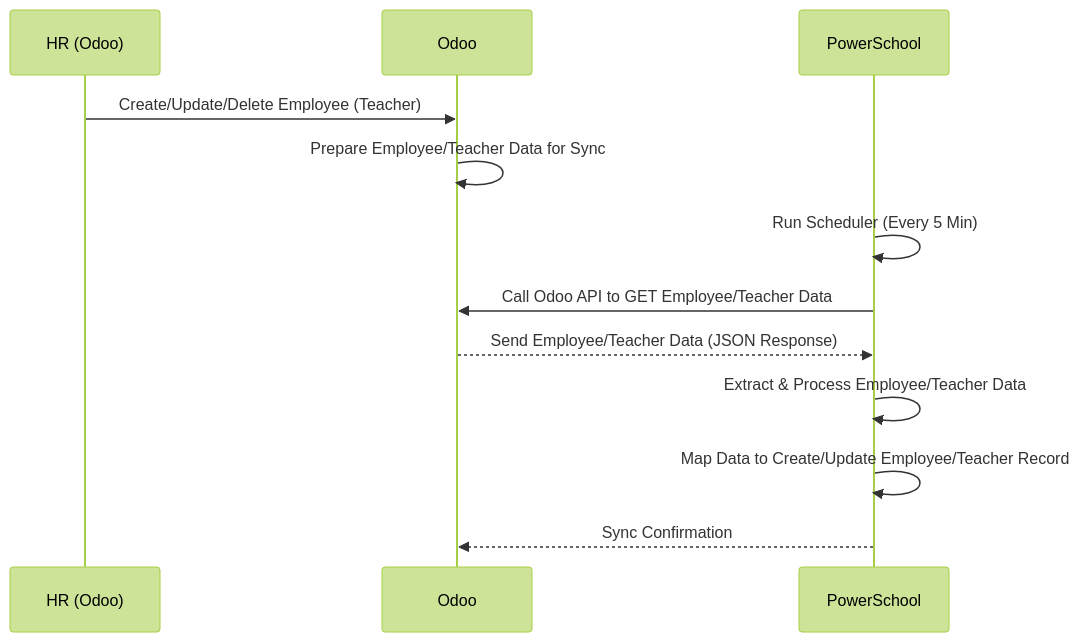
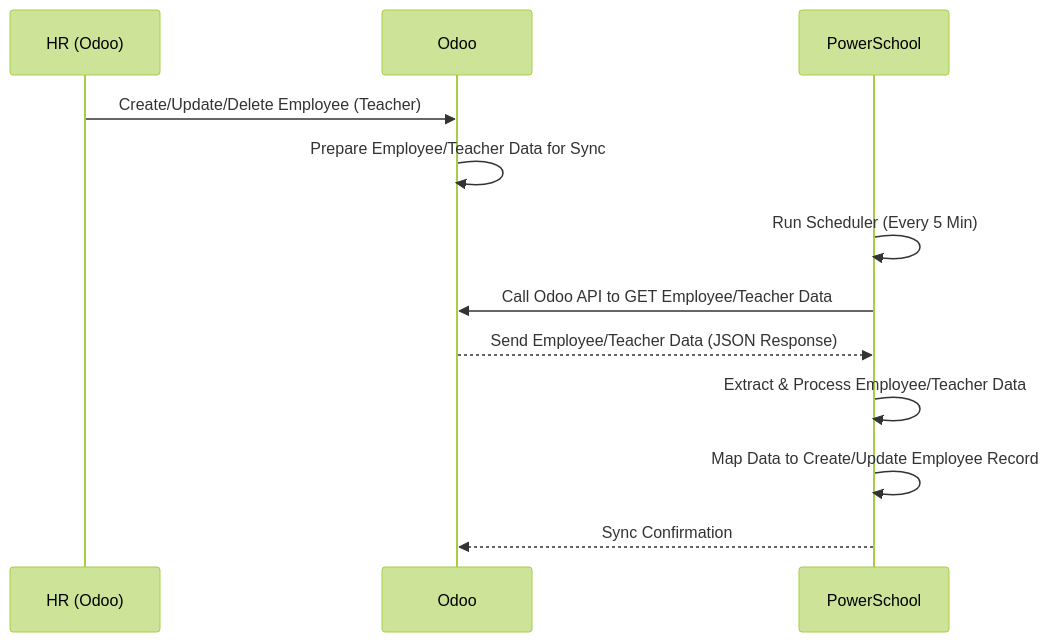
The second of 3 diagrams in PowerSchool Provides Rest API.md (kamalyui9/lincoln_school), drawn with Mermaid (forest theme) before and after one commit. The commit also changed other lines of this file, not shown here.

Commit message:
Update PowerSchool Provides Rest API.md

````diff
--- a/PowerSchool Provides Rest API.md
+++ b/PowerSchool Provides Rest API.md
@@ -23,16 +23,16 @@
 ```mermaid
 sequenceDiagram
     participant HR as HR (Odoo)
     participant Odoo as Odoo
     participant PowerSchool as PowerSchool
 
     HR->>Odoo: Create/Update/Delete Employee (Teacher)
     Odoo->>Odoo: Prepare Employee/Teacher Data for Sync
     PowerSchool->>PowerSchool: Run Scheduler (Every 5 Min)
     PowerSchool->>Odoo: Call Odoo API to GET Employee/Teacher Data
     Odoo-->>PowerSchool: Send Employee/Teacher Data (JSON Response)
     PowerSchool->>PowerSchool: Extract & Process Employee/Teacher Data
-    PowerSchool->>PowerSchool: Map Data to Create/Update Employee/Teacher Record
+    PowerSchool->>PowerSchool: Map Data to Create/Update Employee Record
     PowerSchool-->>Odoo: Sync Confirmation
 
 ```
````
